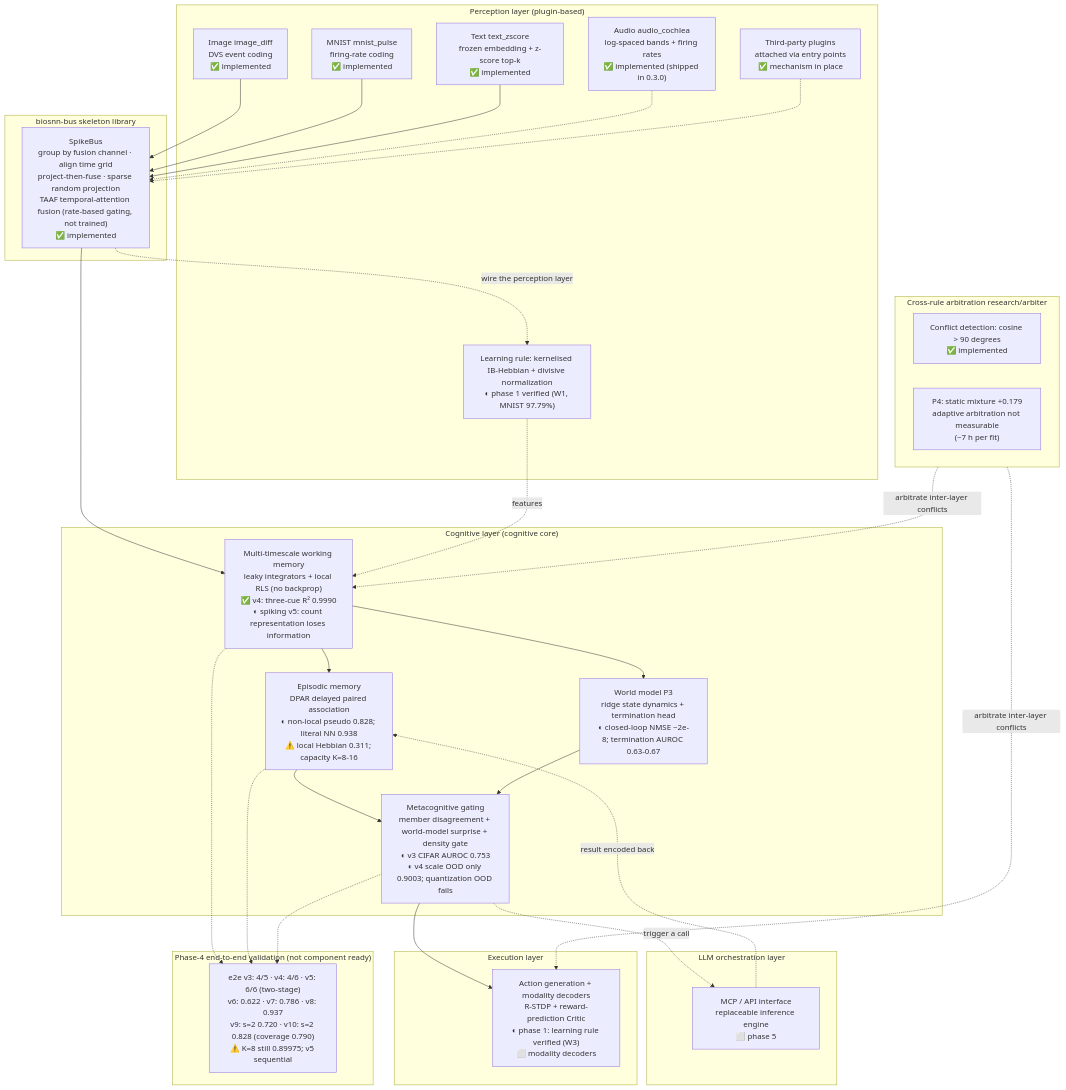
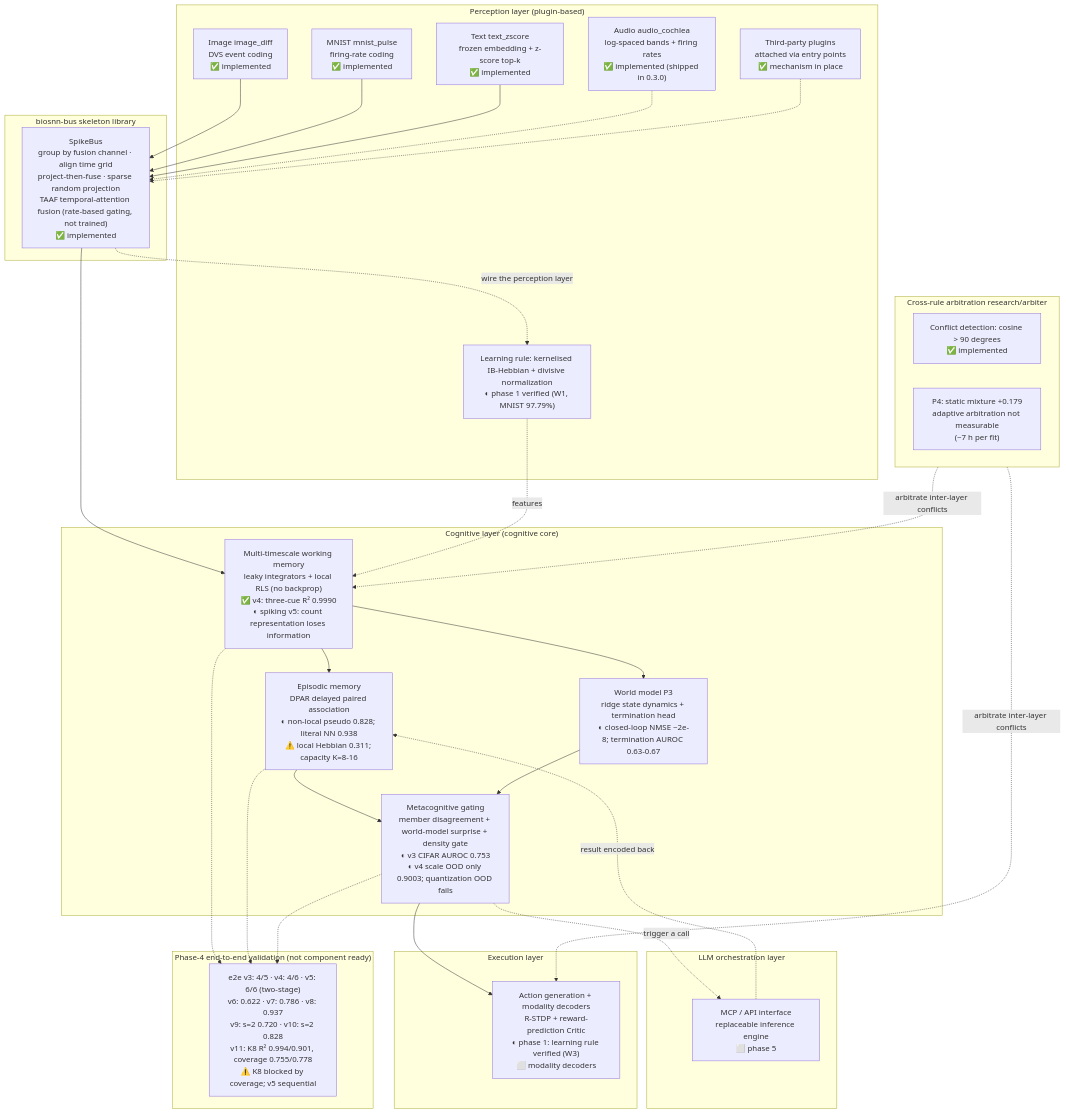
One commit to lzmd-arch/BioSNN-Plug changed the diagram in README.en.md. Above: the diagram before and after it, drawn with Mermaid. The commit also changed other lines of this file and 9 other files, not shown here.

````diff
--- a/README.en.md
+++ b/README.en.md
@@ -149,60 +149,60 @@
 ```mermaid
 flowchart TB
     subgraph L5["LLM orchestration layer"]
         MCP["MCP / API interface<br/>replaceable inference engine<br/>⬜ phase 5"]
     end
 
     subgraph L4["Execution layer"]
         ACT["Action generation + modality decoders<br/>R-STDP + reward-prediction Critic<br/>◐ phase 1: learning rule verified (W3)<br/>⬜ modality decoders"]
     end
 
     subgraph L3["Cognitive layer (cognitive core)"]
         WM["Multi-timescale working memory<br/>leaky integrators + local RLS (no backprop)<br/>✅ v4: three-cue R² 0.9990<br/>◐ spiking v5: count representation loses information"]
         EM["Episodic memory<br/>DPAR delayed paired association<br/>◐ non-local pseudo 0.828; literal NN 0.938<br/>⚠️ local Hebbian 0.311; capacity K=8-16"]
         MG["Metacognitive gating<br/>member disagreement + world-model surprise + density gate<br/>◐ v3 CIFAR AUROC 0.753<br/>◐ v4 scale OOD only 0.9003; quantization OOD fails"]
         WMODEL["World model P3<br/>ridge state dynamics + termination head<br/>◐ closed-loop NMSE ~2e-8; termination AUROC 0.63-0.67"]
     end
 
     subgraph ARB["Cross-rule arbitration research/arbiter"]
         CF["Conflict detection: cosine > 90 degrees<br/>✅ implemented"]
         ES["P4: static mixture +0.179<br/>adaptive arbitration not measurable<br/>(~7 h per fit)"]
     end
 
     subgraph L2["biosnn-bus skeleton library"]
         BUS["SpikeBus<br/>group by fusion channel · align time grid<br/>project-then-fuse · sparse random projection<br/>TAAF temporal-attention fusion (rate-based gating, not trained)<br/>✅ implemented"]
     end
 
     subgraph L1["Perception layer (plugin-based)"]
         IMG["Image image_diff<br/>DVS event coding<br/>✅ implemented"]
         MN["MNIST mnist_pulse<br/>firing-rate coding<br/>✅ implemented"]
         TXT["Text text_zscore<br/>frozen embedding + z-score top-k<br/>✅ implemented"]
         AUD["Audio audio_cochlea<br/>log-spaced bands + firing rates<br/>✅ implemented (shipped in 0.3.0)"]
         THIRD["Third-party plugins<br/>attached via entry points<br/>✅ mechanism in place"]
         HEB["Learning rule: kernelised IB-Hebbian + divisive normalization<br/>◐ phase 1 verified (W1, MNIST 97.79%)"]
     end
 
     IMG --> BUS
     MN --> BUS
     TXT --> BUS
     AUD -.-> BUS
     THIRD -.-> BUS
     BUS --> WM
     BUS -.->|wire the perception layer| HEB
     HEB -.->|features| WM
     WM --> EM
     WM --> WMODEL
     EM --> MG
     WMODEL --> MG
     MG --> ACT
     MG -.->|trigger a call| MCP
     MCP -.->|result encoded back| EM
     ARB -.->|arbitrate inter-layer conflicts| WM
     ARB -.->|arbitrate inter-layer conflicts| ACT
 
     subgraph S4["Phase-4 end-to-end validation (not component ready)"]
-        E2E["e2e v3: 4/5 · v4: 4/6 · v5: 6/6 (two-stage)<br/>v6: 0.622 · v7: 0.786 · v8: 0.937<br/>v9: s=2 0.720 · v10: s=2 0.828 (coverage 0.790)<br/>⚠️ K=8 still 0.89975; v5 sequential"]
+        E2E["e2e v3: 4/5 · v4: 4/6 · v5: 6/6 (two-stage)<br/>v6: 0.622 · v7: 0.786 · v8: 0.937<br/>v9: s=2 0.720 · v10: s=2 0.828<br/>v11: K8 R² 0.994/0.901, coverage 0.755/0.778<br/>⚠️ K8 blocked by coverage; v5 sequential"]
     end
     WM -.-> E2E
     EM -.-> E2E
     MG -.-> E2E
 ```
````
